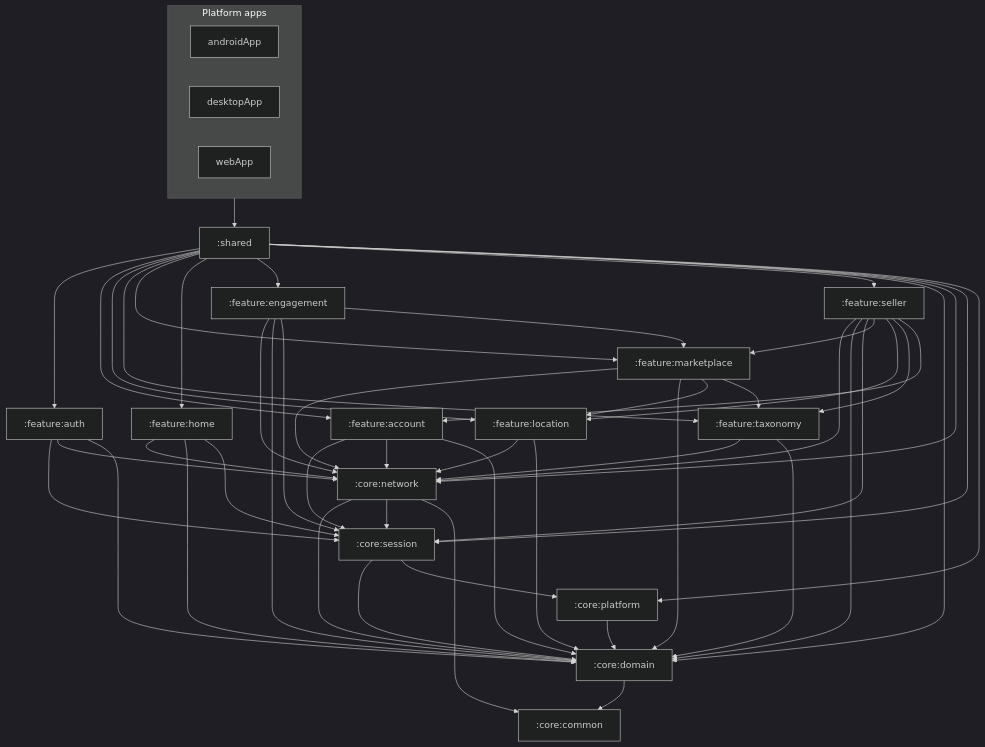
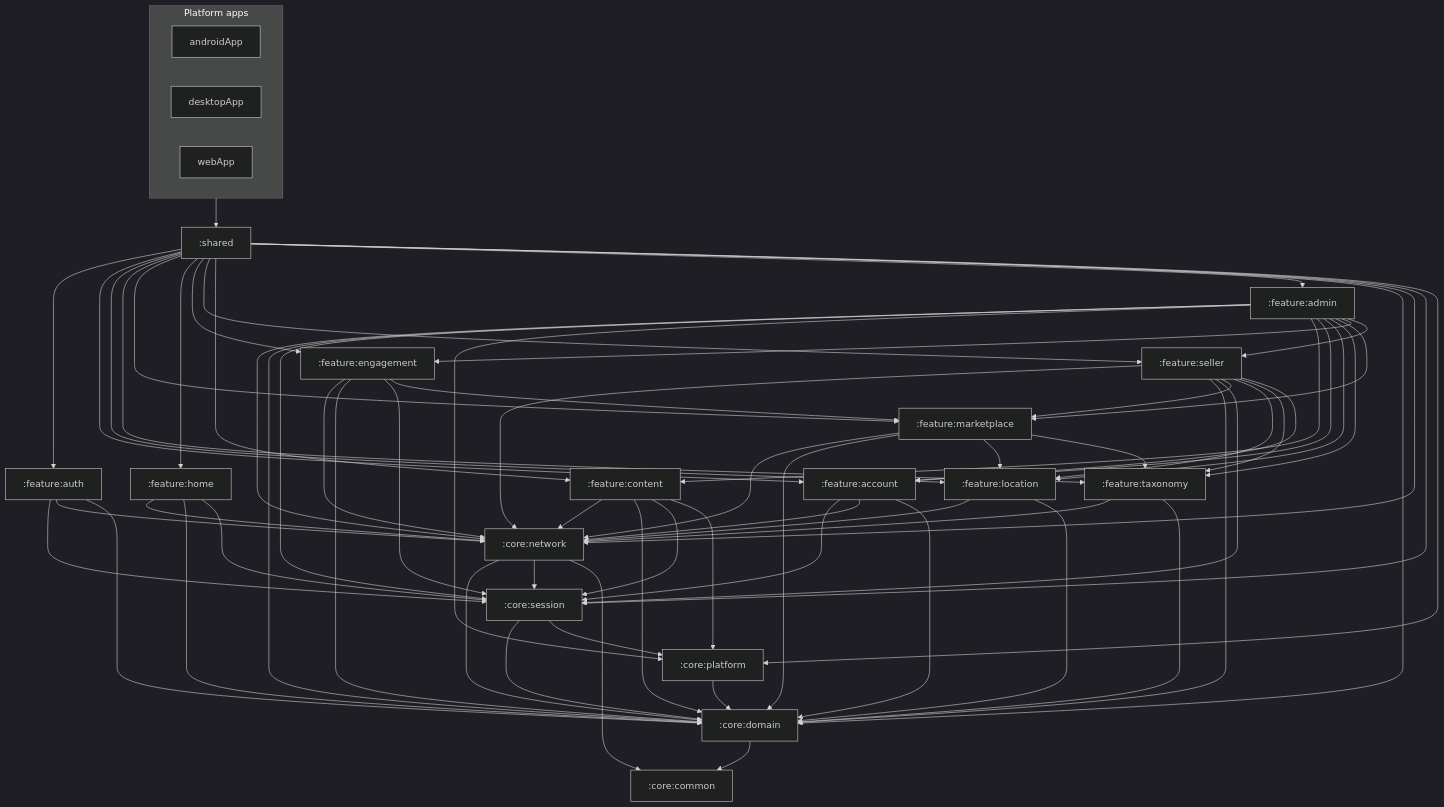
Before and after one commit to cavidyrm/vitran-frontend: the diagram in docs/dependency-rules.md, drawn with Mermaid (dark theme). The commit also changed other lines of this file and 117 other files, not shown here.

First line of the commit message:
Implement Phase 11 admin platform, CMS, and production API origin.

```diff
--- a/docs/dependency-rules.md
+++ b/docs/dependency-rules.md
@@ -21,6 +21,8 @@
   featHome[":feature:home"]
   featEngagement[":feature:engagement"]
   featSeller[":feature:seller"]
+  featContent[":feature:content"]
+  featAdmin[":feature:admin"]
   coreDomain[":core:domain"]
   coreNetwork[":core:network"]
   coreSession[":core:session"]
@@ -36,6 +38,8 @@
   sharedMod --> featHome
   sharedMod --> featEngagement
   sharedMod --> featSeller
+  sharedMod --> featContent
+  sharedMod --> featAdmin
   sharedMod --> coreDomain
   sharedMod --> coreNetwork
   sharedMod --> coreSession
@@ -68,6 +72,21 @@
   featSeller --> featLocation
   featSeller --> featTaxonomy
   featSeller --> featAccount
+  featContent --> coreNetwork
+  featContent --> coreDomain
+  featContent --> coreSession
+  featContent --> corePlatform
+  featAdmin --> coreNetwork
+  featAdmin --> coreDomain
+  featAdmin --> coreSession
+  featAdmin --> corePlatform
+  featAdmin --> featContent
+  featAdmin --> featAccount
+  featAdmin --> featLocation
+  featAdmin --> featTaxonomy
+  featAdmin --> featMarketplace
+  featAdmin --> featEngagement
+  featAdmin --> featSeller
   coreNetwork --> coreDomain
   coreNetwork --> coreSession
   coreNetwork --> coreCommon
```
